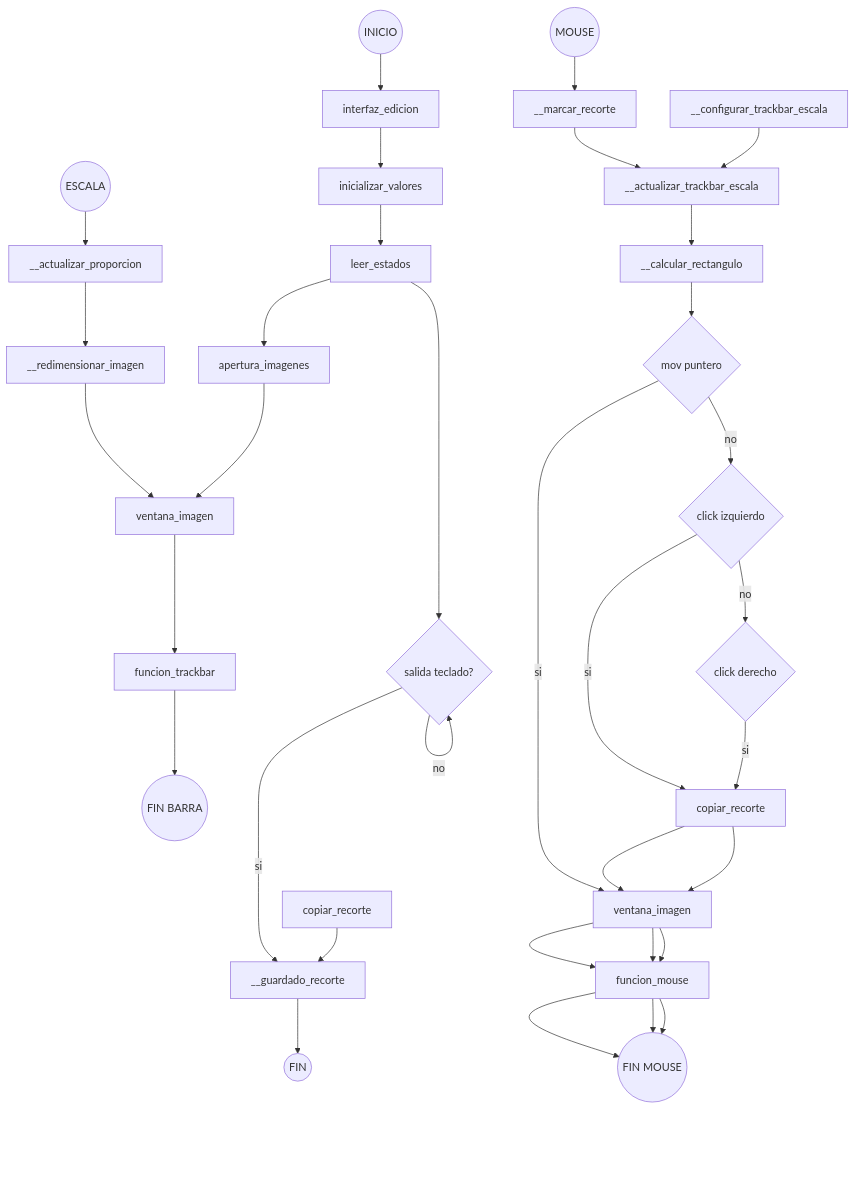
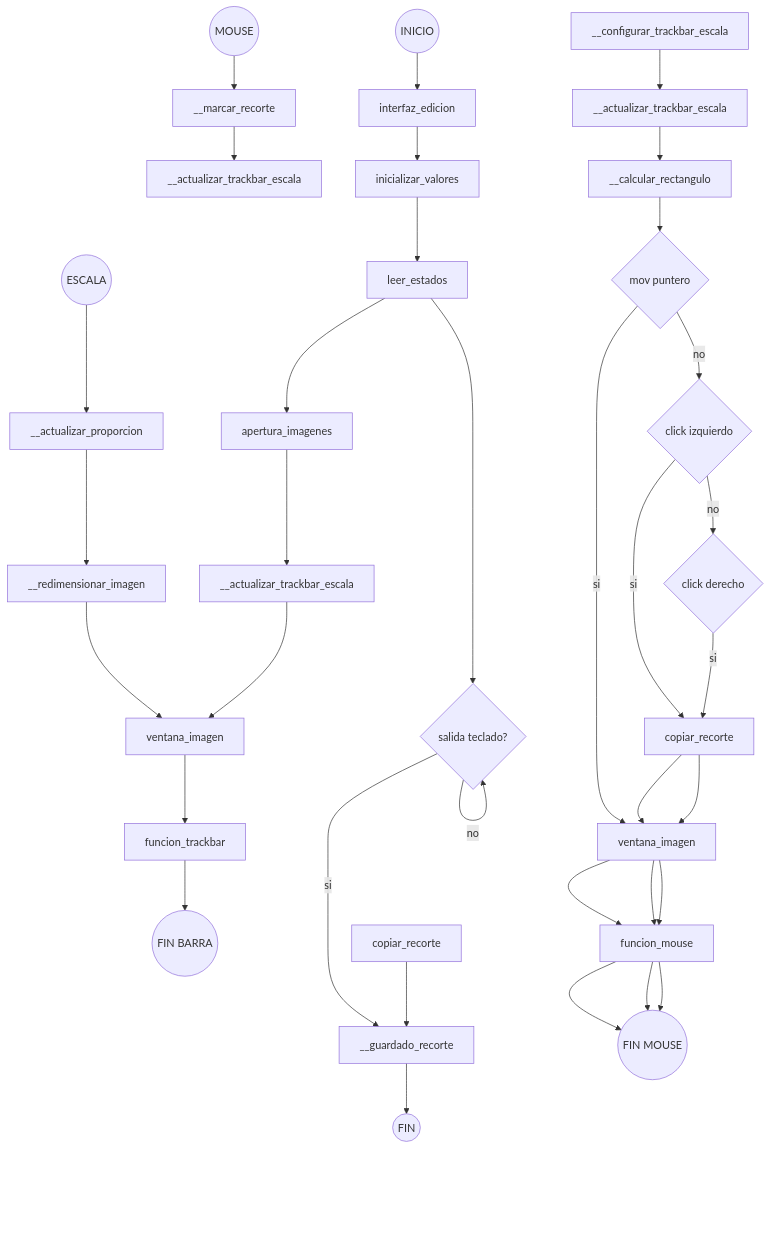
One commit to MarceloMarot/ImageHelpers changed the second of 2 diagrams in grafica_ventana_recorte.md. Above: the diagram before and after it, drawn with Mermaid. The commit also changed 1 other file, not shown here.

Commit message:
cortar_imagen: hilos internos

````diff
--- a/grafica_ventana_recorte.md
+++ b/grafica_ventana_recorte.md
@@ -29,48 +29,48 @@
 ```mermaid
 flowchart TD;
 
 
 id1((ESCALA))-->J
 
 id2((MOUSE))-->M
 
 id3((INICIO)) -->T
 
 
 id7((FIN MOUSE)) 
 id8((FIN BARRA)) 
 id9((FIN)) 
 
 F[leer_estados] --> G[apertura_imagenes] 
 
-G[apertura_imagenes]-->K[ventana_imagen]
+G[apertura_imagenes]--> N3[__actualizar_trackbar_escala] -->K[ventana_imagen]
 
 
 
 
 J[__actualizar_proporcion]--> R[__redimensionar_imagen]--> K[ventana_imagen] --> L[funcion_trackbar] -->id8 
 
-M[__marcar_recorte] --> N[__actualizar_trackbar_escala]
+M[__marcar_recorte] --> N2[__actualizar_trackbar_escala]
 N-->O[__calcular_rectangulo] --> IF1{mov puntero}
 IF1 -->|si| K2[ventana_imagen] --> P[funcion_mouse]-->id7
 IF1 -->|no| IF2{click izquierdo}-->|si| Q[copiar_recorte] -->K2[ventana_imagen]--> P[funcion_mouse] -->id7
 IF2 -->|no| IF3{click derecho}-->|si| Q[copiar_recorte] -->K2[ventana_imagen]--> P[funcion_mouse] -->id7
 
 
 
 
 
 AA[__configurar_trackbar_escala] -->N[__actualizar_trackbar_escala]
 
 
 
 
 
 T[interfaz_edicion] --> B2[inicializar_valores] --> F[leer_estados] ---->IF5{salida teclado?}---->|si| U
 
 
 IF5{salida teclado?}---->|no|IF5
 
 Q2[copiar_recorte]-->U[__guardado_recorte]-->id9
 
 ```
````
